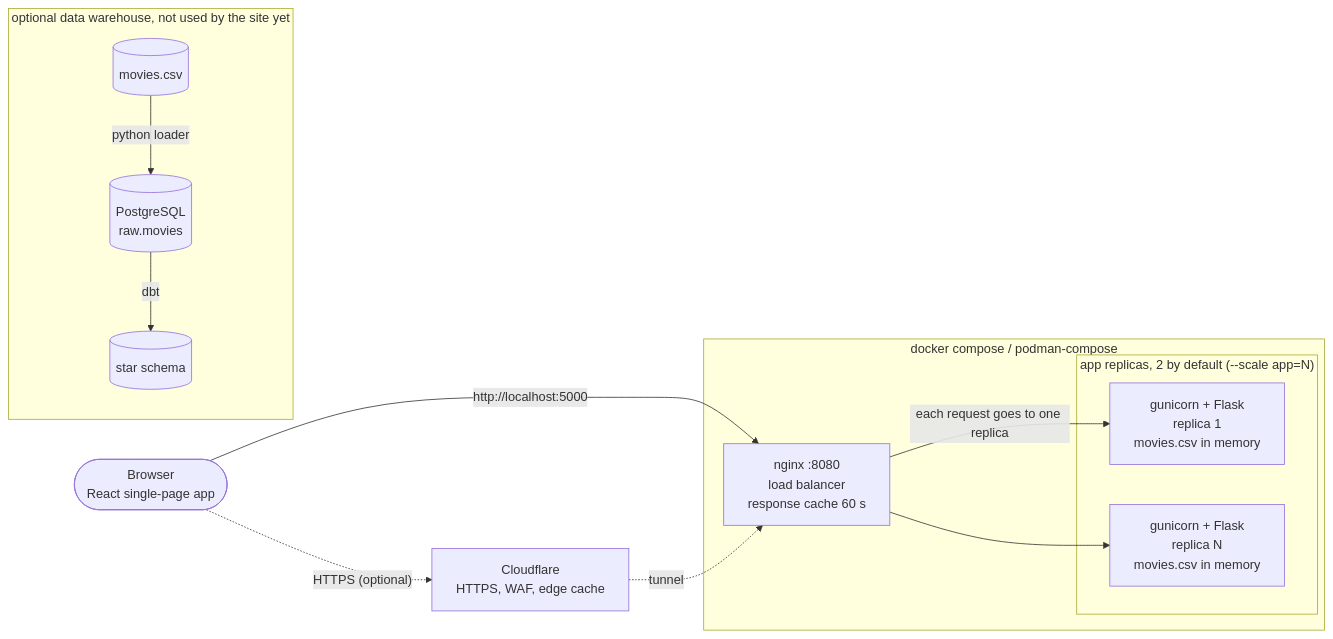
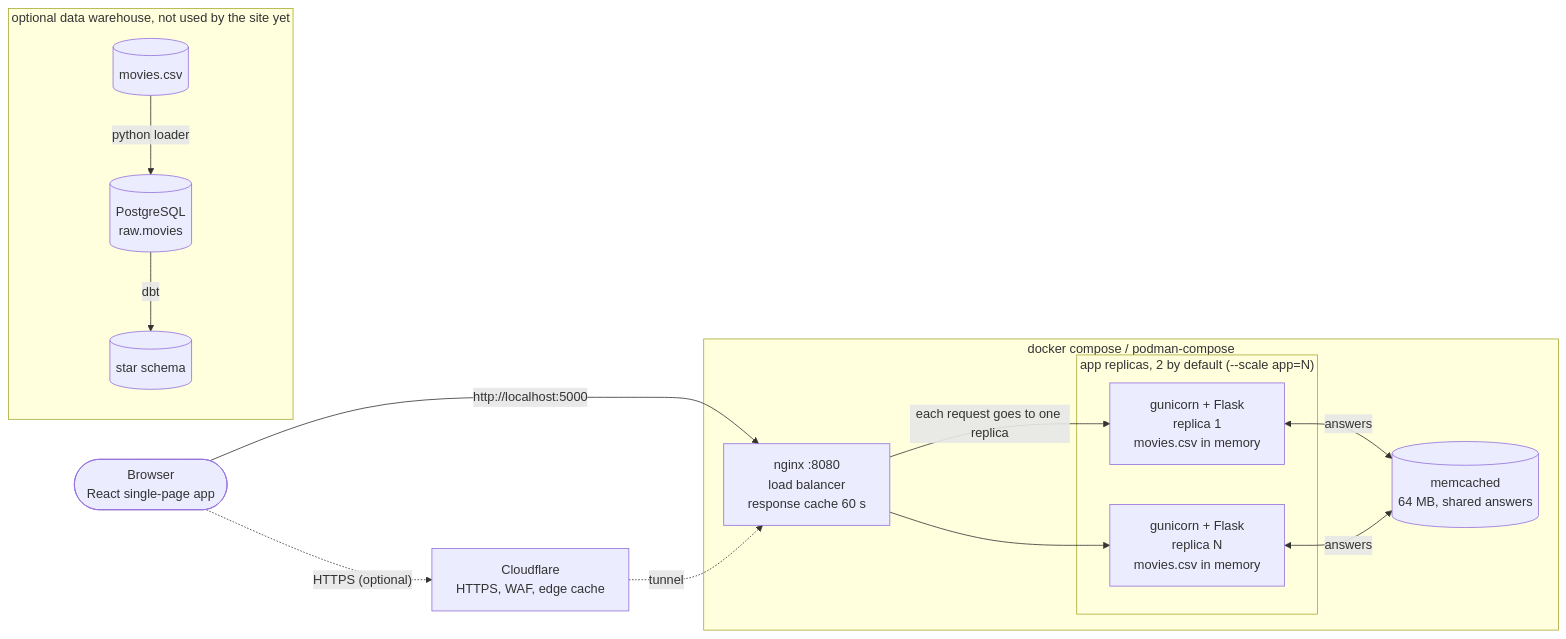
The first of 3 diagrams in README.md (ybouilla/hiparis_project), drawn with Mermaid before and after one commit. The commit also changed other lines of this file and 7 other files, not shown here.

Commit message:
Includes memcached for caching; details: Includes a Response header: a new X-App-Cache header says where an answer came from: memory, memcached or miss. Updates tests and CI

````diff
--- a/README.md
+++ b/README.md
@@ -41,24 +41,27 @@
 ```mermaid
 flowchart LR
     user(["Browser<br/>React single-page app"])
     cf["Cloudflare<br/>HTTPS, WAF, edge cache"]
 
     subgraph stack["docker compose / podman-compose"]
         nginx["nginx :8080<br/>load balancer<br/>response cache 60 s"]
         subgraph replicas["app replicas, 2 by default (--scale app=N)"]
             app1["gunicorn + Flask<br/>replica 1<br/>movies.csv in memory"]
             app2["gunicorn + Flask<br/>replica N<br/>movies.csv in memory"]
         end
+        mc[("memcached<br/>64 MB, shared answers")]
     end
 
     user -->|"http://localhost:5000"| nginx
     user -.->|"HTTPS (optional)"| cf
     cf -.->|"tunnel"| nginx
     nginx -->|"each request goes to one replica"| app1
     nginx --> app2
+    app1 <-->|"answers"| mc
+    app2 <-->|"answers"| mc
 
     subgraph optional["optional data warehouse, not used by the site yet"]
         csv[("movies.csv")] -->|"python loader"| raw[("PostgreSQL<br/>raw.movies")]
         raw -->|"dbt"| star[("star schema")]
     end
 ```
````
